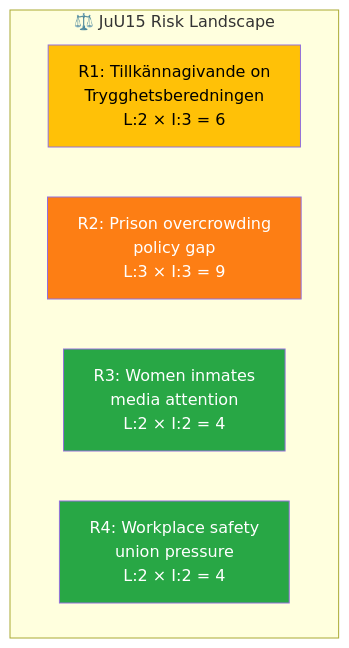
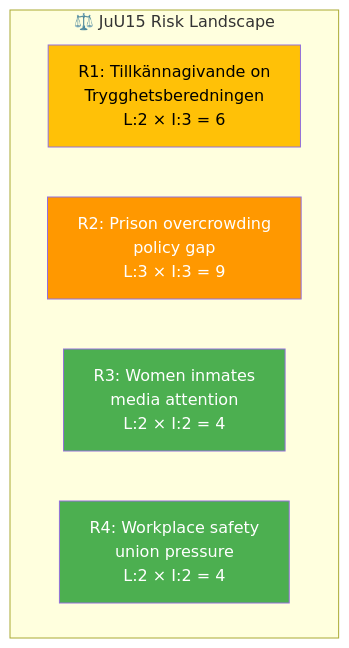
One commit to Hack23/riksdagsmonitor changed the second of 2 diagrams in analysis/daily/2026-04-03/committeeReports/documents/hd01juu15-analysis.md. Above: the diagram before and after it, drawn with Mermaid. The commit also changed other lines of this file and 785 other files, not shown here.

First line of the commit message:
Normalize mermaid colors across 786 analysis artifacts to ISMS Style Guide palette

````diff
--- a/analysis/daily/2026-04-03/committeeReports/documents/hd01juu15-analysis.md
+++ b/analysis/daily/2026-04-03/committeeReports/documents/hd01juu15-analysis.md
@@ -95,14 +95,14 @@
 ```mermaid
 graph TD
     subgraph "⚖️ JuU15 Risk Landscape"
         R1["R1: Tillkännagivande on<br/>Trygghetsberedningen<br/>L:2 × I:3 = 6"]
         R2["R2: Prison overcrowding<br/>policy gap<br/>L:3 × I:3 = 9"]
         R3["R3: Women inmates<br/>media attention<br/>L:2 × I:2 = 4"]
         R4["R4: Workplace safety<br/>union pressure<br/>L:2 × I:2 = 4"]
     end
 
-    style R1 fill:#ffc107,color:#000
-    style R2 fill:#fd7e14,color:#fff
-    style R3 fill:#28a745,color:#fff
-    style R4 fill:#28a745,color:#fff
+    style R1 fill:#FFC107,color:#000000
+    style R2 fill:#FF9800,color:#FFFFFF
+    style R3 fill:#4CAF50,color:#FFFFFF
+    style R4 fill:#4CAF50,color:#FFFFFF
 ```
````
